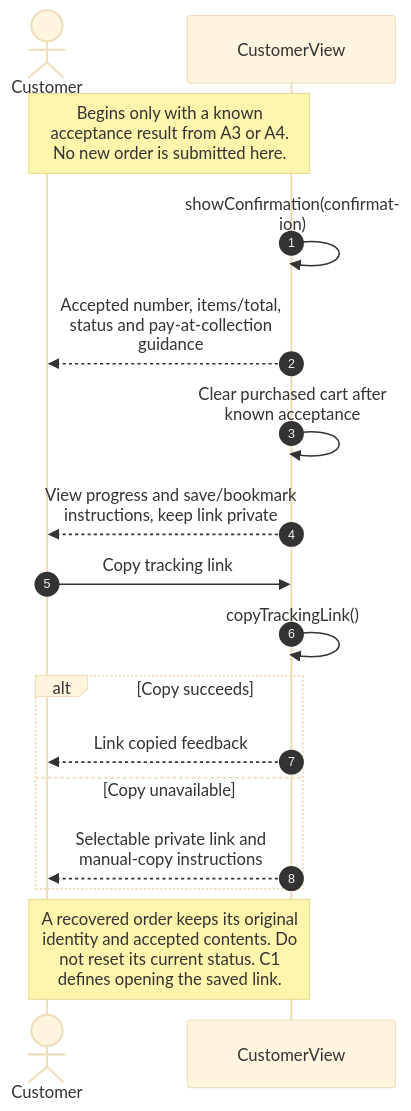
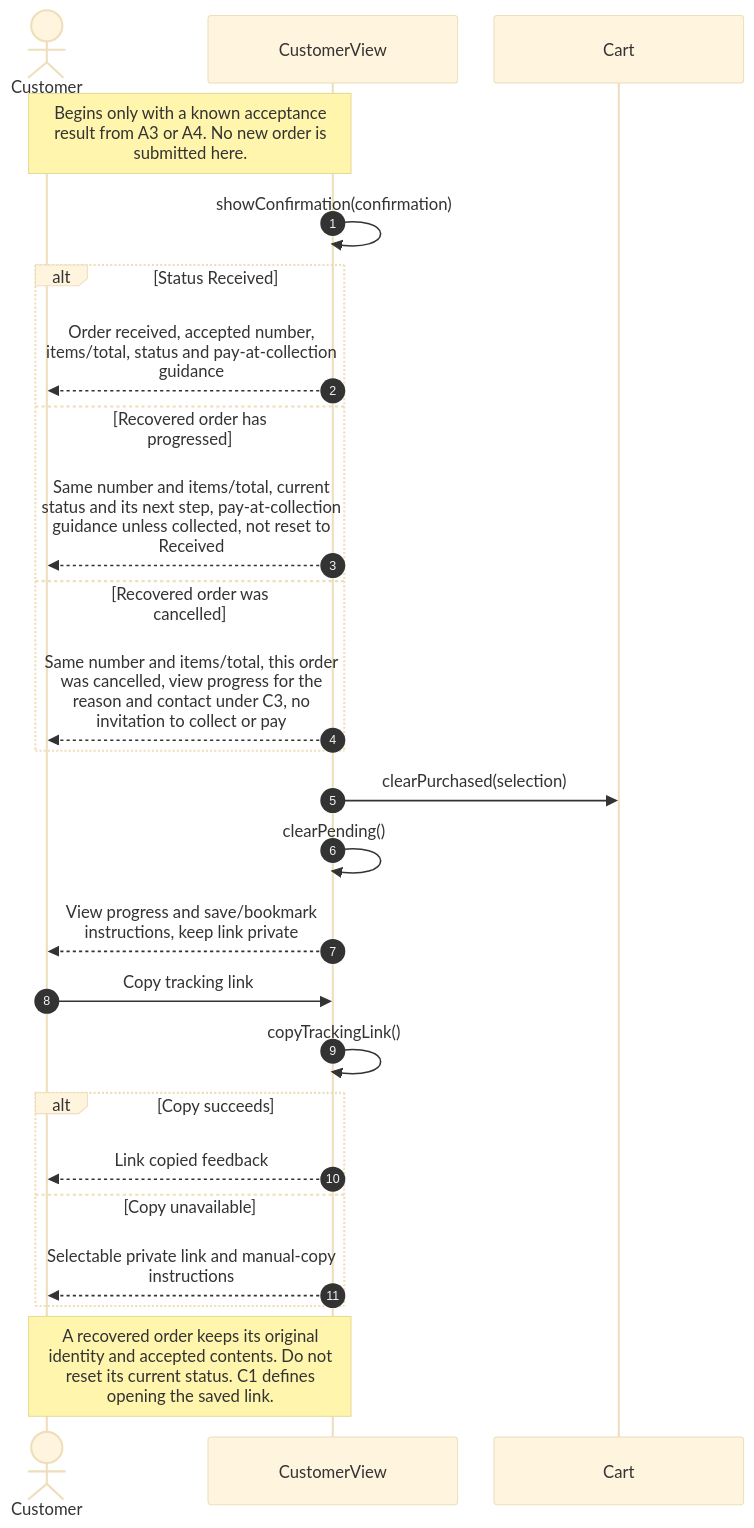
One commit to axantillon/mesa-tica changed the diagram in design/diagrams/A5-confirmation-link.mmd. Above: the diagram before and after it, drawn with Mermaid (base theme). The commit also changed 19 other files, not shown here.

```diff
--- a/design/diagrams/A5-confirmation-link.mmd
+++ b/design/diagrams/A5-confirmation-link.mmd
@@ -1,18 +1,26 @@
-%%{init: {"sequence": {"wrap": true, "width": 200, "actorMargin": 35}}}%%
+%%{init: {"sequence": {"wrap": true, "width": 240, "actorMargin": 35}}}%%
 sequenceDiagram
     autonumber
     actor Customer
     participant UI as CustomerView
+    participant Cart as Cart
     Note over Customer,UI: Begins only with a known acceptance result from A3 or A4. No new order is submitted here.
     UI->>UI: showConfirmation(confirmation)
-    UI-->>Customer: Accepted number, items/total, status and pay-at-collection guidance
-    UI->>UI: Clear purchased cart after known acceptance
+    alt Status Received
+    UI-->>Customer: Order received, accepted number, items/total, status and pay-at-collection guidance
+    else Recovered order has progressed
+    UI-->>Customer: Same number and items/total, current status and its next step, pay-at-collection guidance unless collected, not reset to Received
+    else Recovered order was cancelled
+    UI-->>Customer: Same number and items/total, this order was cancelled, view progress for the reason and contact under C3, no invitation to collect or pay
+    end
+    UI->>Cart: clearPurchased(selection)
+    UI->>UI: clearPending()
     UI-->>Customer: View progress and save/bookmark instructions, keep link private
     Customer->>UI: Copy tracking link
     UI->>UI: copyTrackingLink()
     alt Copy succeeds
     UI-->>Customer: Link copied feedback
     else Copy unavailable
     UI-->>Customer: Selectable private link and manual-copy instructions
     end
     Note over Customer,UI: A recovered order keeps its original identity and accepted contents. Do not reset its current status. C1 defines opening the saved link.
```
